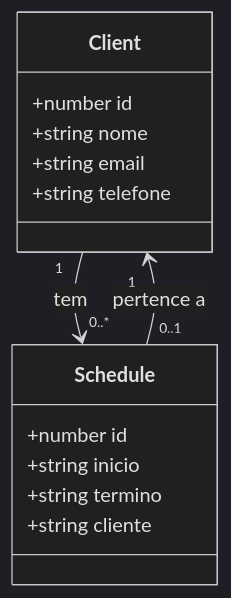
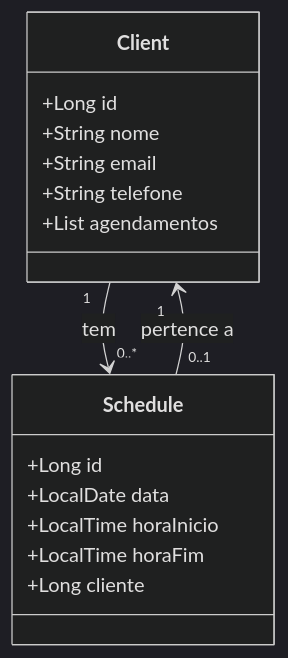
One commit to ricardosantanadev4/barber-shop-spring changed the diagram in README.md. Above: the diagram before and after it, drawn with Mermaid (dark theme).

Commit message:
Update README.md
refactor: Informações ajustadas.

````diff
--- a/README.md
+++ b/README.md
@@ -33,19 +33,21 @@
 ```mermaid
 classDiagram
-    class Client {
-        +number id
-        +string nome
-        +string email
-        +string telefone
+     class Client {
+        +Long id
+        +String nome
+        +String email
+        +String telefone
+        +List<Schedule> agendamentos
     }
 
-    class Schedule {
-        +number id
-        +string inicio
-        +string termino
-        +string cliente
+     class Schedule {
+        +Long id
+        +LocalDate data
+        +LocalTime horaInicio
+        +LocalTime horaFim
+        +Long cliente
     }
 
     Client "1" --> "0..*" Schedule : tem
     Schedule "0..1" --> "1" Client : pertence a
 ```
````
